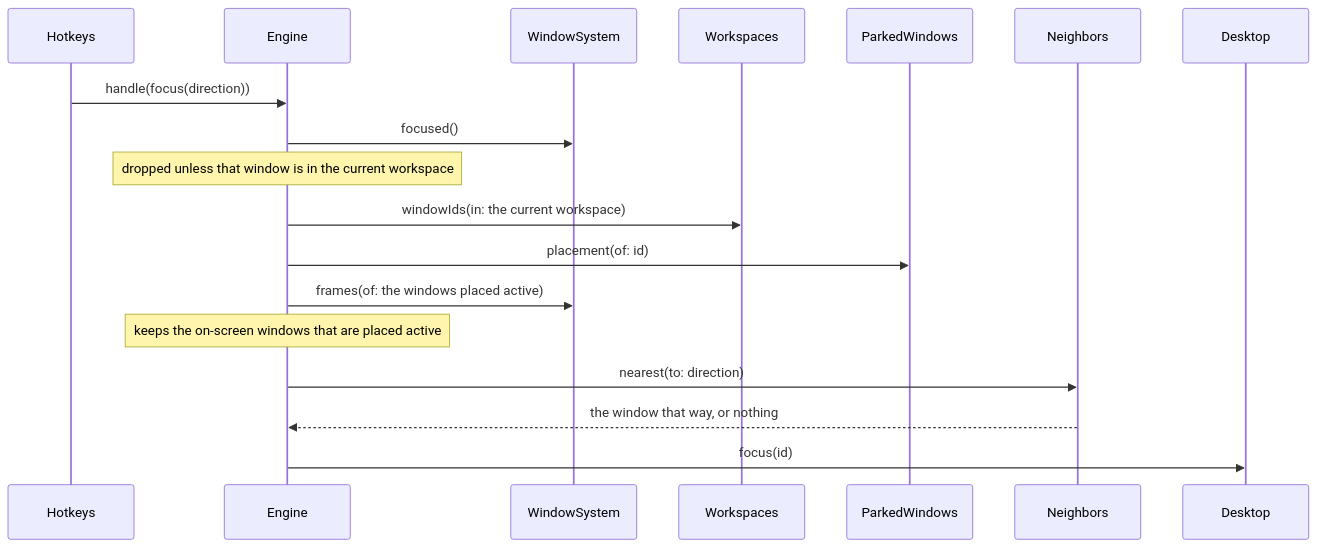
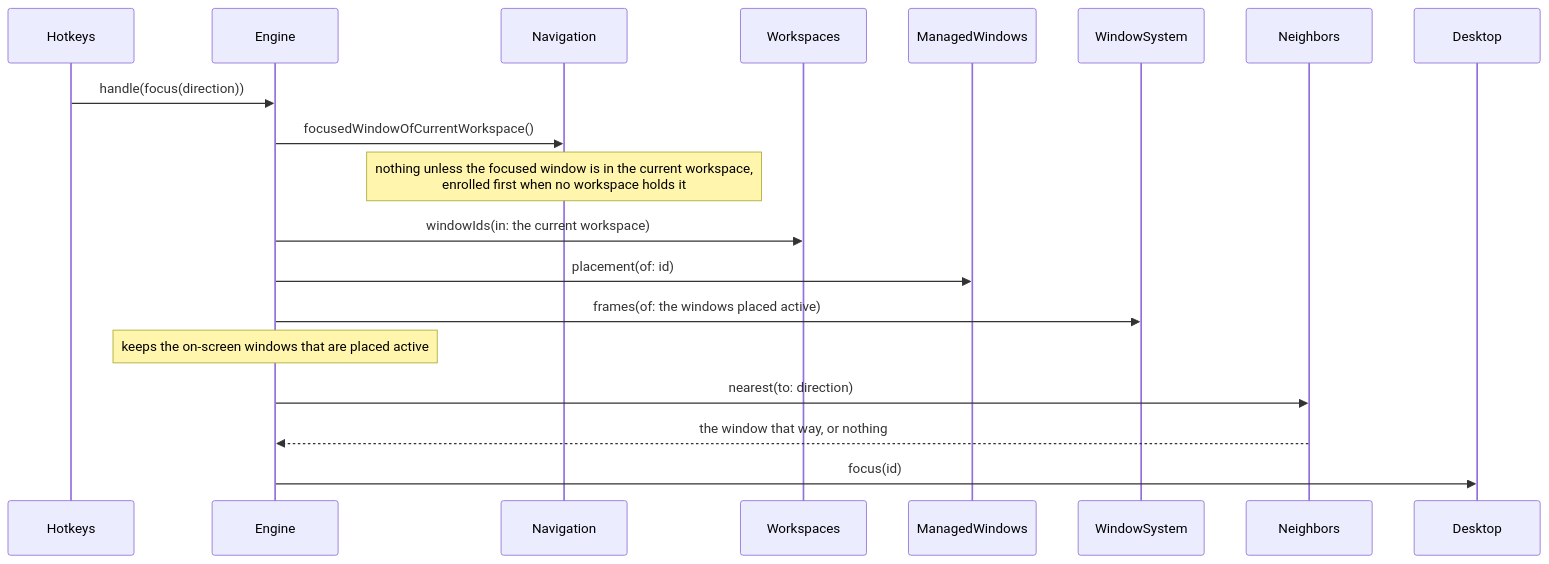
One commit to brennovich/ottowm changed the tenth of 18 diagrams in ARCHITECTURE.md. Above: the diagram before and after it, drawn with Mermaid. The commit also changed other lines of this file and 23 other files, not shown here.

````diff
--- a/ARCHITECTURE.md
+++ b/ARCHITECTURE.md
@@ -241,13 +262,13 @@
 ```mermaid
 sequenceDiagram
     Hotkeys->>Engine: handle(focus(direction))
-    Engine->>WindowSystem: focused()
-    Note over Engine: dropped unless that window is in the current workspace
+    Engine->>Navigation: focusedWindowOfCurrentWorkspace()
+    Note over Navigation: nothing unless the focused window is in the current workspace,<br/>enrolled first when no workspace holds it
     Engine->>Workspaces: windowIds(in: the current workspace)
-    Engine->>ParkedWindows: placement(of: id)
+    Engine->>ManagedWindows: placement(of: id)
     Engine->>WindowSystem: frames(of: the windows placed active)
     Note over Engine: keeps the on-screen windows that are placed active
     Engine->>Neighbors: nearest(to: direction)
     Neighbors-->>Engine: the window that way, or nothing
     Engine->>Desktop: focus(id)
 ```
````
